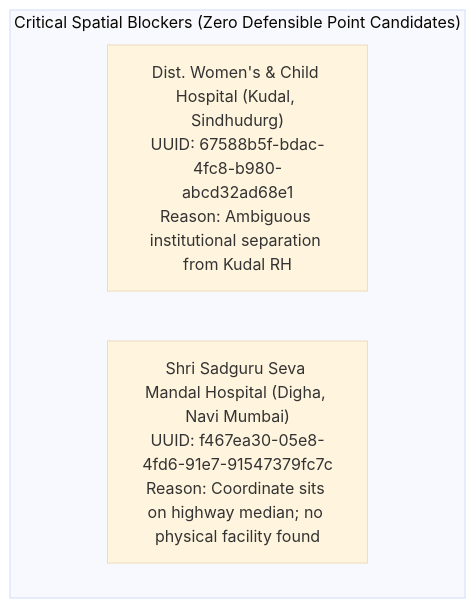
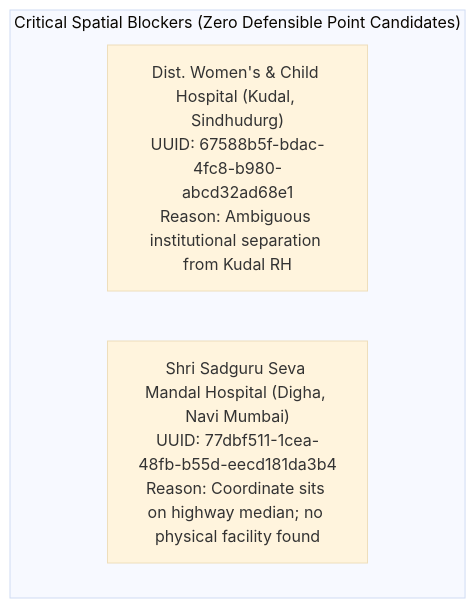
Before and after one commit to MEDIMESH-INDIA/medimesh-platform: the first of 2 diagrams in docs/architecture/hospital-coordinate-evidence-register.md, drawn with Mermaid (base theme). The commit also changed other lines of this file and 1 other file, not shown here.

First line of the commit message:
Update hospital coordinate evidence register and review queue

````diff
--- a/docs/architecture/hospital-coordinate-evidence-register.md
+++ b/docs/architecture/hospital-coordinate-evidence-register.md
@@ -234,7 +234,7 @@
 ```mermaid
 flowchart TD
     subgraph Blocked["Critical Spatial Blockers (Zero Defensible Point Candidates)"]
         F1["Dist. Women's & Child Hospital (Kudal, Sindhudurg)<br>UUID: 67588b5f-bdac-4fc8-b980-abcd32ad68e1<br>Reason: Ambiguous institutional separation from Kudal RH"]
-        F2["Shri Sadguru Seva Mandal Hospital (Digha, Navi Mumbai)<br>UUID: f467ea30-05e8-4fd6-91e7-91547379fc7c<br>Reason: Coordinate sits on highway median; no physical facility found"]
+        F2["Shri Sadguru Seva Mandal Hospital (Digha, Navi Mumbai)<br>UUID: 77dbf511-1cea-48fb-b55d-eecd181da3b4<br>Reason: Coordinate sits on highway median; no physical facility found"]
     end
 ```
````
